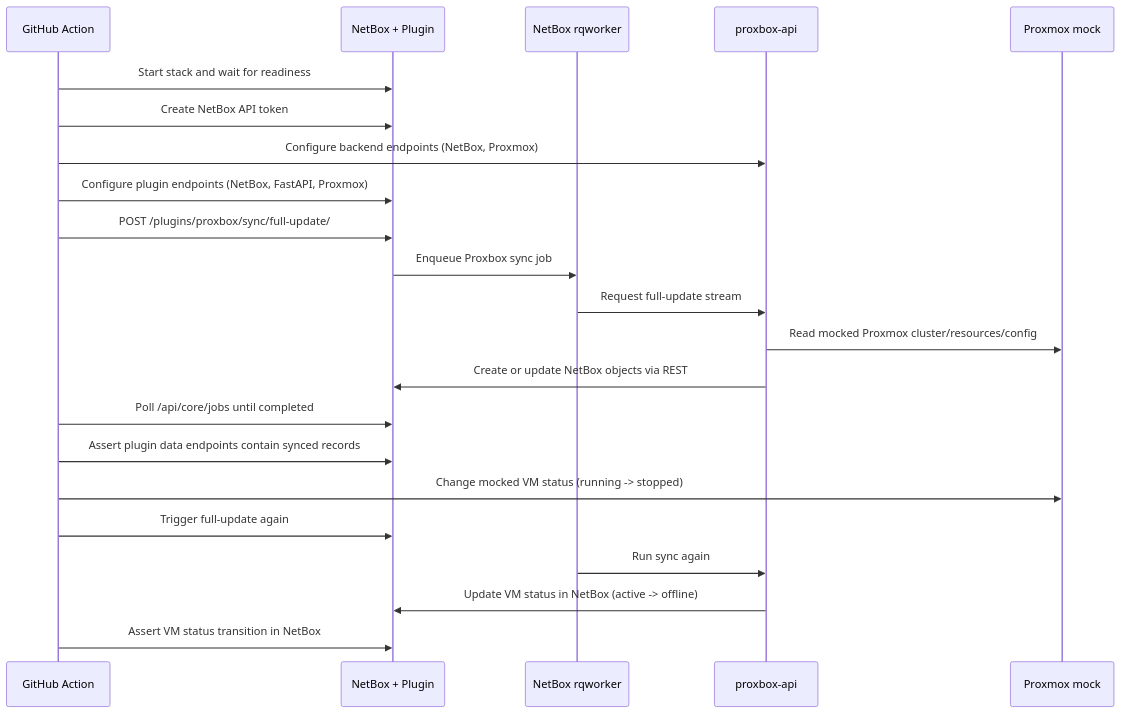
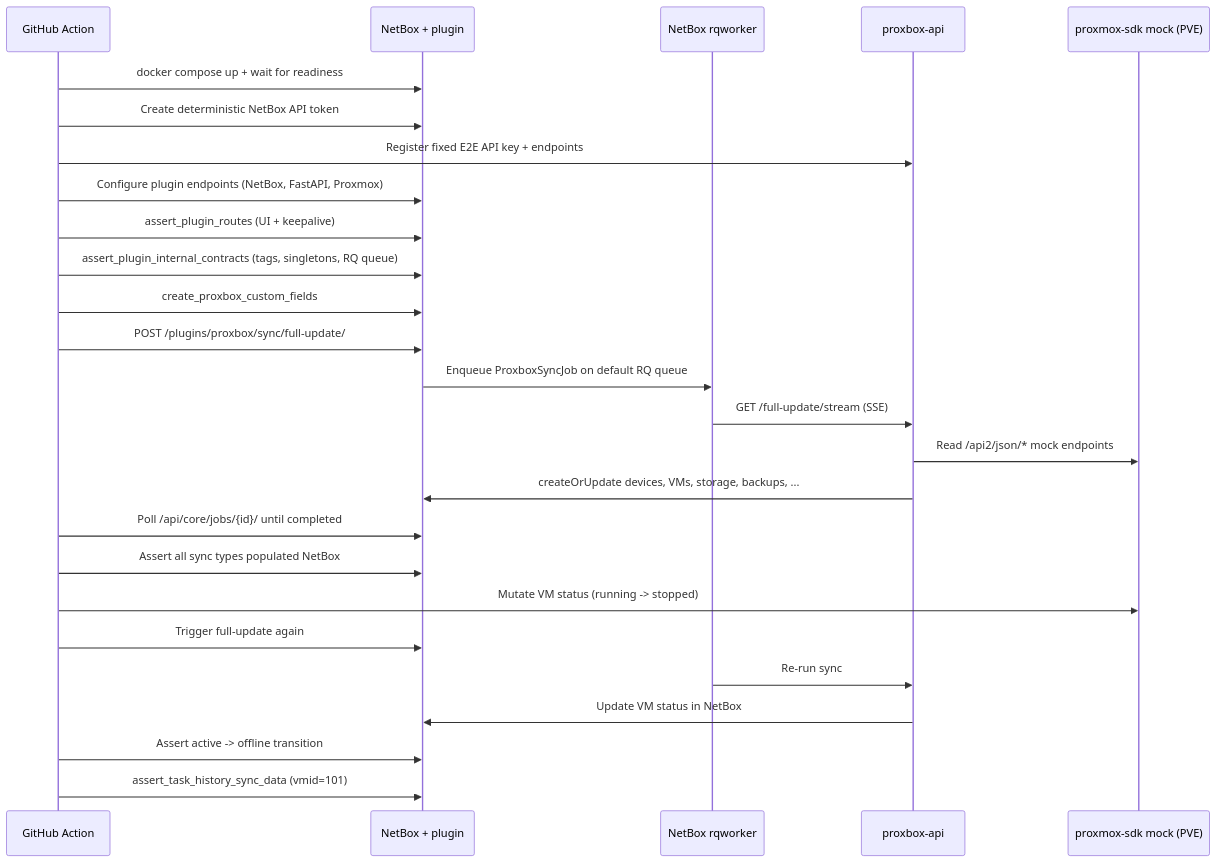
Before and after one commit to emersonfelipesp/netbox-proxbox: the second of 3 diagrams in docs/features/e2e-docker-testing.md, drawn with Mermaid. The commit also changed other lines of this file and 6 other files, not shown here.

First line of the commit message:
ci(e2e): parallelize Docker matrix across proxmox-sdk pve/pbs/pdm service mocks

````diff
--- a/docs/features/e2e-docker-testing.md
+++ b/docs/features/e2e-docker-testing.md
@@ -67,25 +101,29 @@
 ```mermaid
 sequenceDiagram
   participant GA as GitHub Action
-  participant NB as NetBox + Plugin
+  participant NB as NetBox + plugin
   participant RQ as NetBox rqworker
-  participant PB as proxbox-api
-  participant PM as Proxmox mock
+  participant API as proxbox-api
+  participant PM as proxmox-sdk mock (PVE)
 
-  GA->>NB: Start stack and wait for readiness
-  GA->>NB: Create NetBox API token
-  GA->>PB: Configure backend endpoints (NetBox, Proxmox)
+  GA->>NB: docker compose up + wait for readiness
+  GA->>NB: Create deterministic NetBox API token
+  GA->>API: Register fixed E2E API key + endpoints
   GA->>NB: Configure plugin endpoints (NetBox, FastAPI, Proxmox)
+  GA->>NB: assert_plugin_routes (UI + keepalive)
+  GA->>NB: assert_plugin_internal_contracts (tags, singletons, RQ queue)
+  GA->>NB: create_proxbox_custom_fields
   GA->>NB: POST /plugins/proxbox/sync/full-update/
-  NB->>RQ: Enqueue Proxbox sync job
-  RQ->>PB: Request full-update stream
-  PB->>PM: Read mocked Proxmox cluster/resources/config
-  PB->>NB: Create or update NetBox objects via REST
-  GA->>NB: Poll /api/core/jobs until completed
-  GA->>NB: Assert plugin data endpoints contain synced records
-  GA->>PM: Change mocked VM status (running -> stopped)
+  NB->>RQ: Enqueue ProxboxSyncJob on default RQ queue
+  RQ->>API: GET /full-update/stream (SSE)
+  API->>PM: Read /api2/json/* mock endpoints
+  API->>NB: createOrUpdate devices, VMs, storage, backups, ...
+  GA->>NB: Poll /api/core/jobs/{id}/ until completed
+  GA->>NB: Assert all sync types populated NetBox
+  GA->>PM: Mutate VM status (running -> stopped)
   GA->>NB: Trigger full-update again
-  RQ->>PB: Run sync again
-  PB->>NB: Update VM status in NetBox (active -> offline)
-  GA->>NB: Assert VM status transition in NetBox
+  RQ->>API: Re-run sync
+  API->>NB: Update VM status in NetBox
+  GA->>NB: Assert active -> offline transition
+  GA->>NB: assert_task_history_sync_data (vmid=101)
 ```
````
